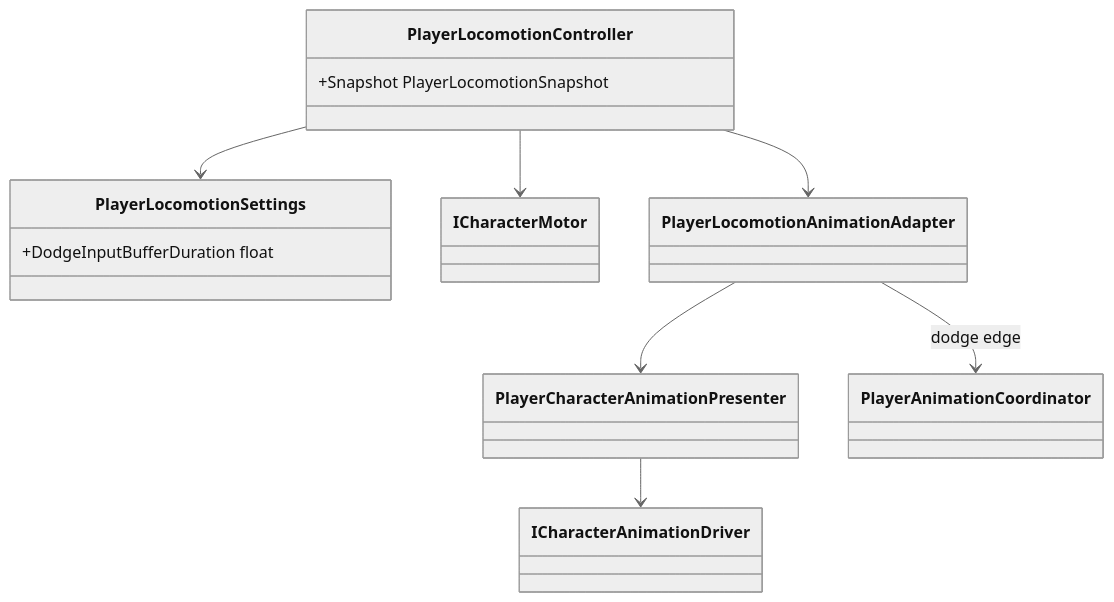
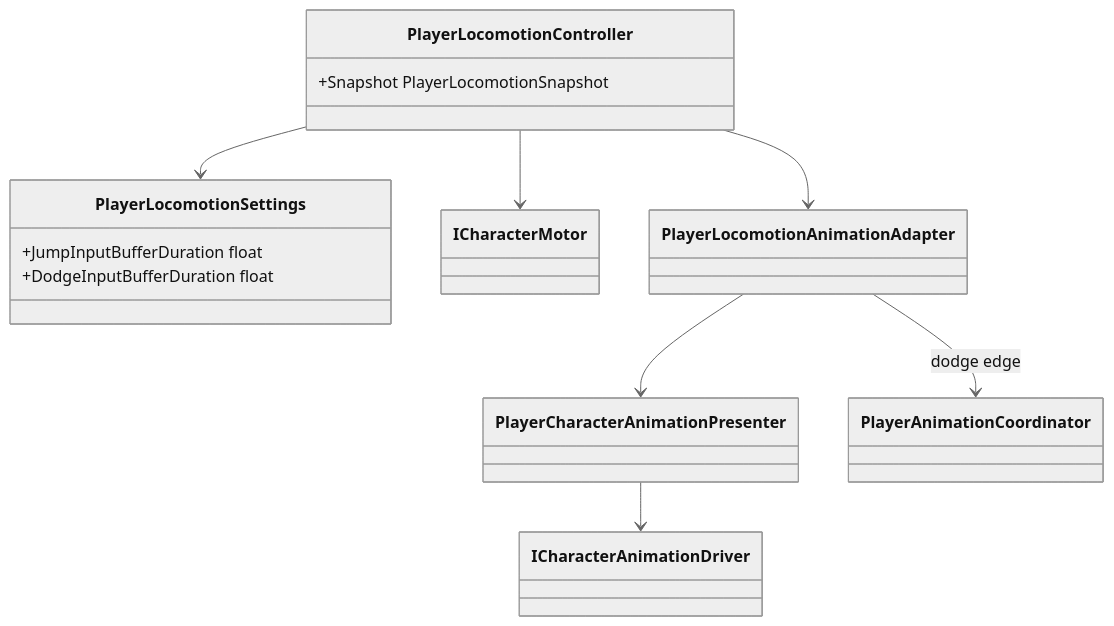
The diagram in Assets/_App/Core/Runtime/Character/Locomotion/README.md (MaximFonariuc/project-s), drawn with Mermaid (neutral theme) before and after one commit. The commit also changed other lines of this file and 2 other files, not shown here.

Commit message:
feat(locomotion): buffer jump requests

````diff
--- a/Assets/_App/Core/Runtime/Character/Locomotion/README.md
+++ b/Assets/_App/Core/Runtime/Character/Locomotion/README.md
@@ -6,21 +6,22 @@
 ```mermaid
 classDiagram
     class PlayerLocomotionController {
         +Snapshot PlayerLocomotionSnapshot
     }
     class PlayerLocomotionSettings {
+        +JumpInputBufferDuration float
         +DodgeInputBufferDuration float
     }
     class ICharacterMotor
     class PlayerLocomotionAnimationAdapter
     class PlayerCharacterAnimationPresenter
     class PlayerAnimationCoordinator
     class ICharacterAnimationDriver
 
     PlayerLocomotionController --> ICharacterMotor
     PlayerLocomotionController --> PlayerLocomotionSettings
     PlayerLocomotionController --> PlayerLocomotionAnimationAdapter
     PlayerLocomotionAnimationAdapter --> PlayerCharacterAnimationPresenter
     PlayerLocomotionAnimationAdapter --> PlayerAnimationCoordinator : dodge edge
     PlayerCharacterAnimationPresenter --> ICharacterAnimationDriver
 ```
````
